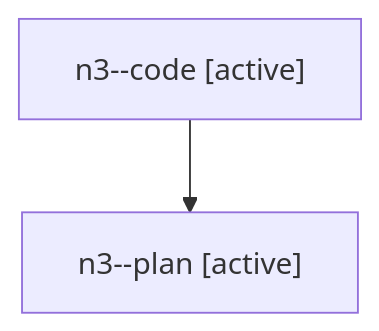
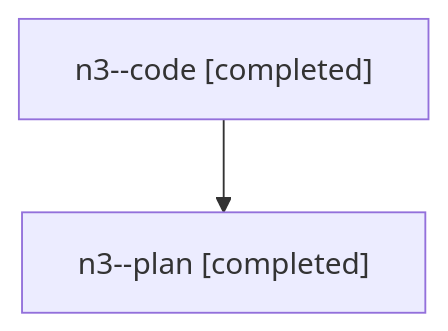
One commit to sase-org/sase--agents changed the diagram in families/bbugyi200.athena.n3.md. Above: the diagram before and after it, drawn with Mermaid. The commit also changed other lines of this file and 1002 other files, not shown here.

````diff
--- a/families/bbugyi200.athena.n3.md
+++ b/families/bbugyi200.athena.n3.md
@@ -9,6 +9,6 @@
 ```mermaid
 flowchart TD
-  n0["n3--code [active]"]
-  n1["n3--plan [active]"]
+  n0["n3--code [completed]"]
+  n1["n3--plan [completed]"]
   n0 --> n1
 ```
````
